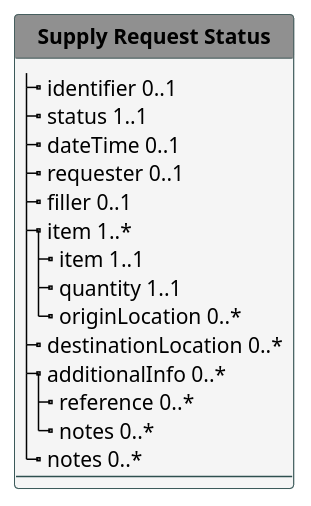
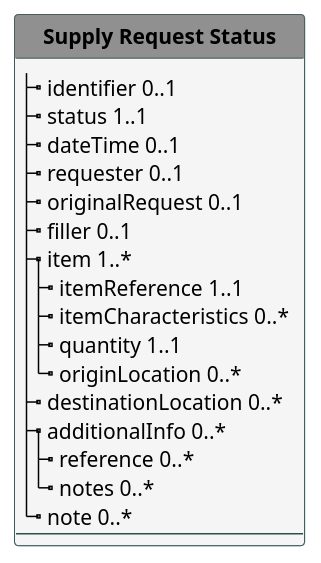
One commit to IHE/pharm-supply changed the diagram in input/images-source/model-supplyrequestsatus.plantuml. Above: the diagram before and after it, drawn with PlantUML. The commit also changed 13 other files, not shown here.

```diff
--- a/input/images-source/model-supplyrequestsatus.plantuml
+++ b/input/images-source/model-supplyrequestsatus.plantuml
@@ -1,40 +1,42 @@
 @startuml
 'skinparam linetype polyline
 'skinparam linetype ortho
 hide circle
 hide stereotype
 
 '!pragma layout smetana
 
 skinparam class<<MD>> {
  BorderColor DarkSlateGray
  BackgroundColor WhiteSmoke
  HeaderBackgroundColor #909090
 }
 
 skinparam class<<TM>> {
  BorderColor #505090
  BackgroundColor APPLICATION
  HeaderBackgroundColor SkyBlue
 }
 
     class "**Supply Request Status**"<<MD>> {
         |_ identifier 0..1
         |_ status 1..1
         |_ dateTime 0..1
         |_ requester 0..1
+        |_ originalRequest 0..1
         |_ filler 0..1
         |_ item 1..*
-          |_ item 1..1
+          |_ itemReference 1..1
+          |_ itemCharacteristics 0..*
           |_ quantity 1..1
           |_ originLocation 0..*
-        |_ destinationLocation 0..*  
+        |_ destinationLocation 0..*    
         |_ additionalInfo 0..*  
           |_ reference 0..*  
           |_ notes 0..*  
-        |_ notes 0..* 
+        |_ note 0..* 
         --
     }
 
 
 @enduml
```
